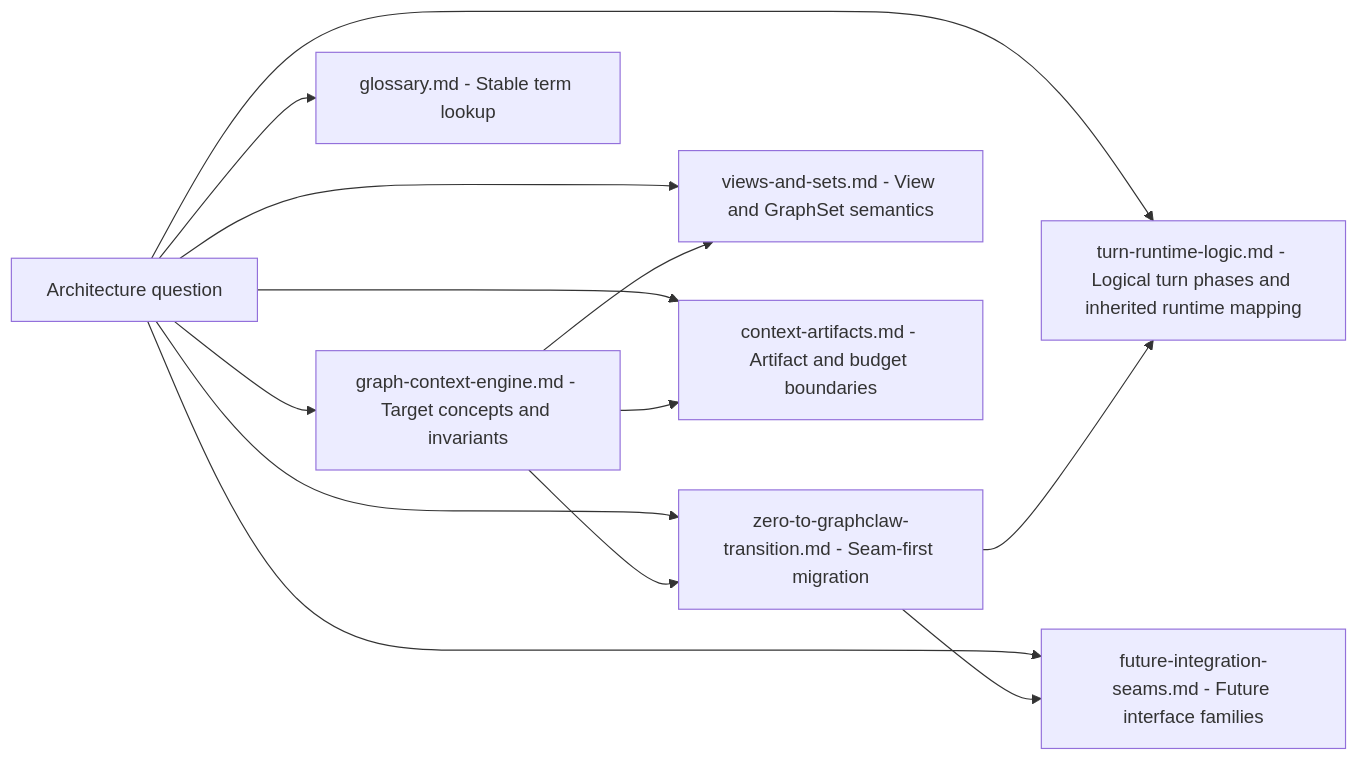
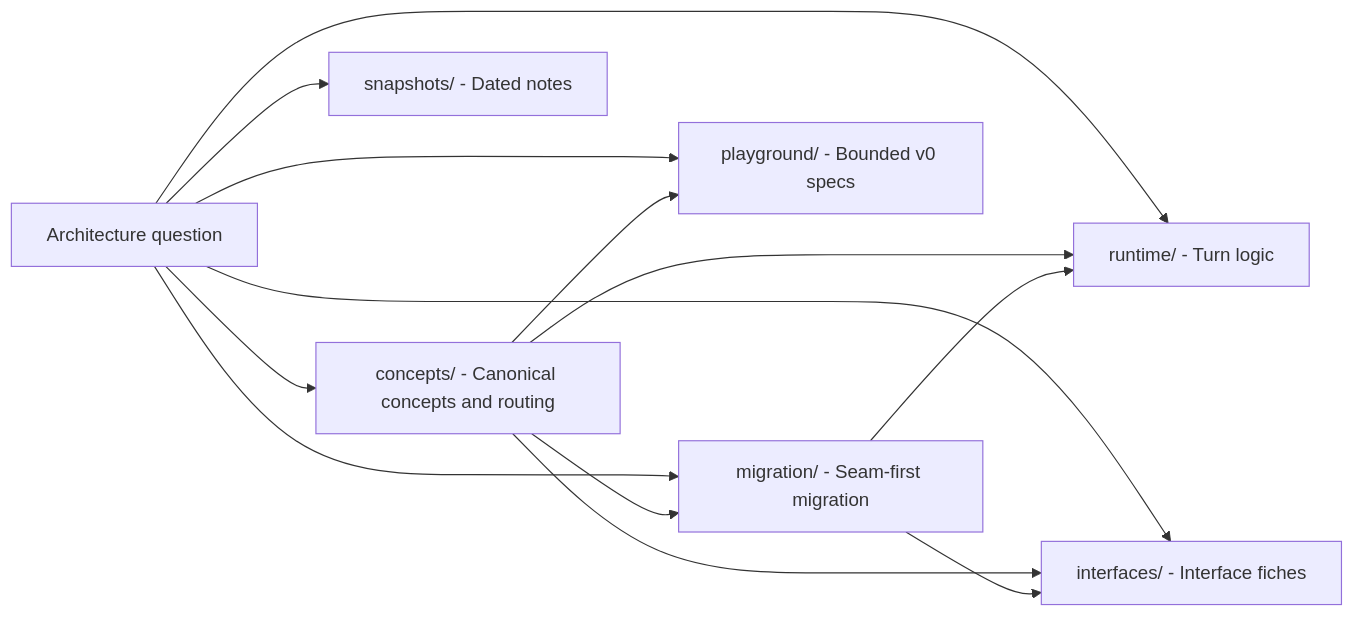
One commit to ZEDIUM-Off/graphclaw changed the diagram in docs/architecture/CONTEXT.md. Above: the diagram before and after it, drawn with Mermaid. The commit also changed other lines of this file and 62 other files, not shown here.

````diff
--- a/docs/architecture/CONTEXT.md
+++ b/docs/architecture/CONTEXT.md
@@ -65,24 +59,23 @@
 ```mermaid
 flowchart LR
     Q[Architecture question]
-    A["graph-context-engine.md - Target concepts and invariants"]
-    B["zero-to-graphclaw-transition.md - Seam-first migration"]
-    C["views-and-sets.md - View and GraphSet semantics"]
-    D["context-artifacts.md - Artifact and budget boundaries"]
-    E["turn-runtime-logic.md - Logical turn phases and inherited runtime mapping"]
-    F["future-integration-seams.md - Future interface families"]
-    G["glossary.md - Stable term lookup"]
+    A["concepts/ - Canonical concepts and routing"]
+    B["migration/ - Seam-first migration"]
+    C["runtime/ - Turn logic"]
+    D["interfaces/ - Interface fiches"]
+    E["playground/ - Bounded v0 specs"]
+    F["snapshots/ - Dated notes"]
 
     Q --> A
     Q --> B
     Q --> C
     Q --> D
     Q --> E
     Q --> F
-    Q --> G
     A --> B
     A --> C
     A --> D
-    B --> E
-    B --> F
+    A --> E
+    B --> C
+    B --> D
 ```
````
